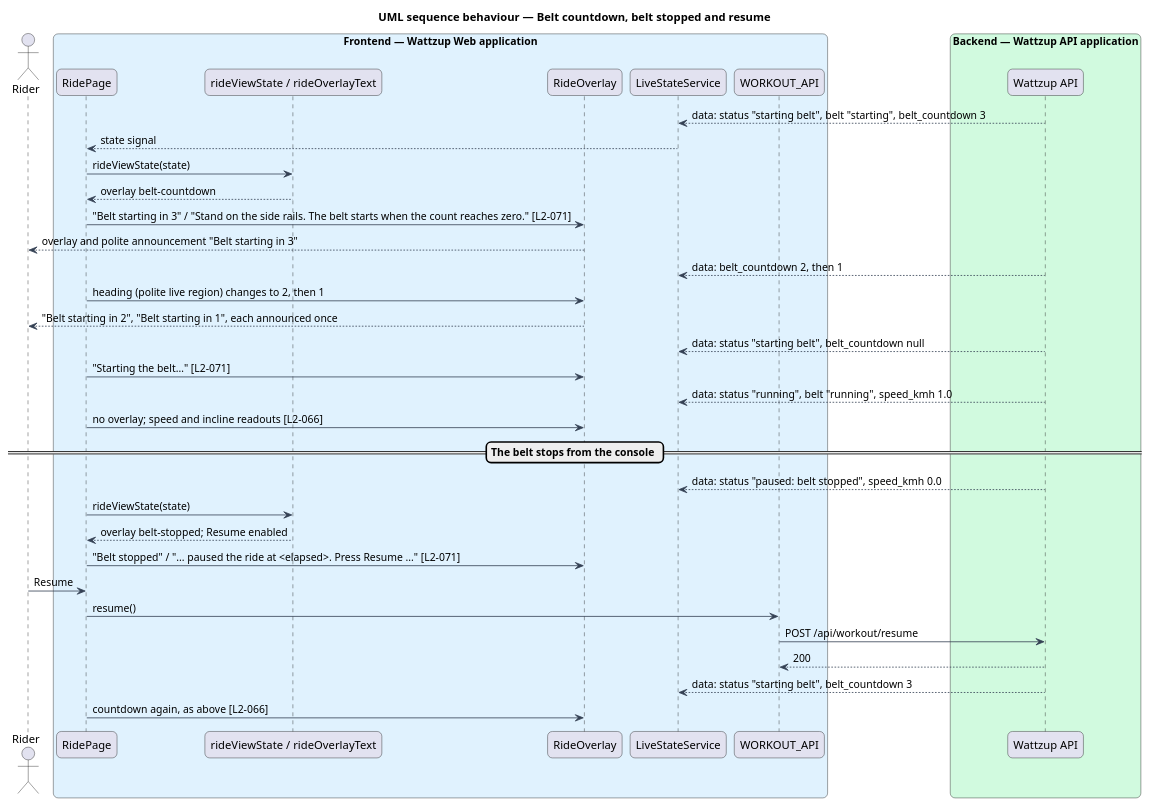
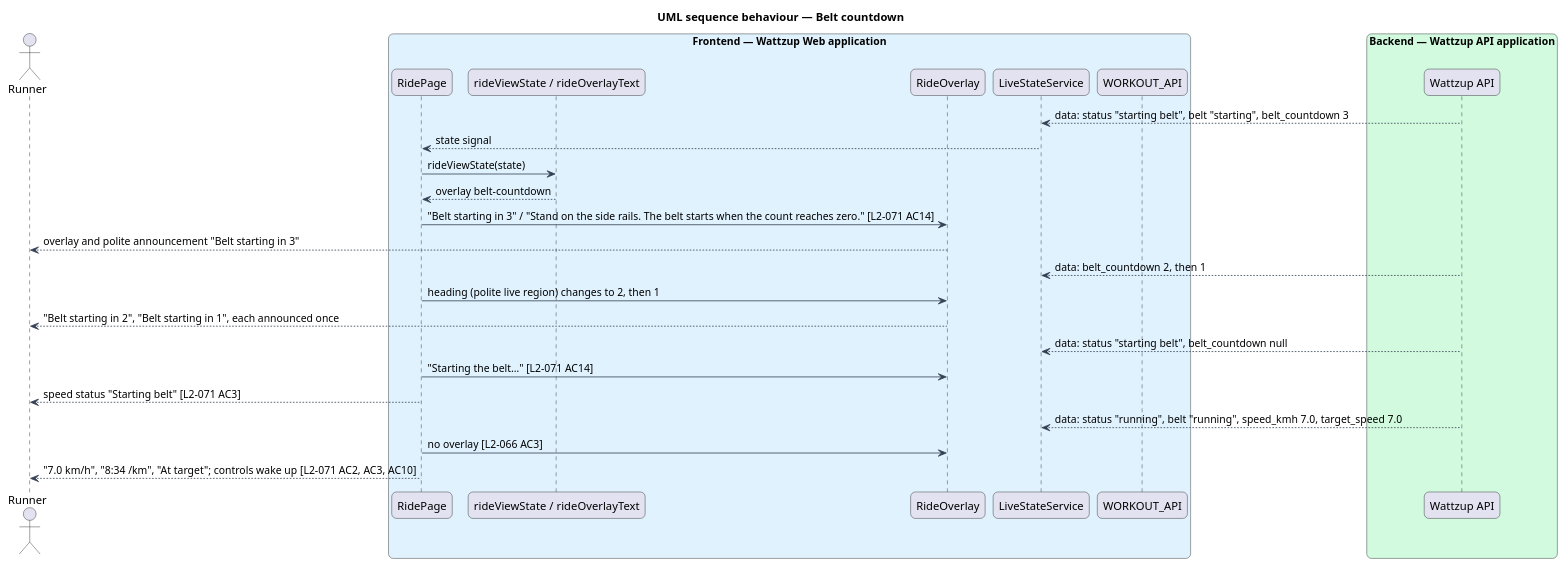
Before and after one commit to QuinntyneBrown/ride-one: the diagram in docs/detailed-designs/treadmill/treadmill-dashboard-and-setup/diagrams/sequence-belt-countdown.puml, drawn with PlantUML. The commit also changed 151 other files, not shown here.

```diff
--- a/docs/detailed-designs/treadmill/treadmill-dashboard-and-setup/diagrams/sequence-belt-countdown.puml
+++ b/docs/detailed-designs/treadmill/treadmill-dashboard-and-setup/diagrams/sequence-belt-countdown.puml
@@ -1,44 +1,35 @@
 @startuml
-title UML sequence behaviour — Belt countdown, belt stopped and resume
+title UML sequence behaviour — Belt countdown
 skinparam backgroundColor #FFFFFF
 skinparam shadowing false
 skinparam roundcorner 12
 skinparam defaultFontName Arial
 skinparam ArrowColor #344054
-actor "Rider" as rider
+actor "Runner" as rider
 box "Frontend — Wattzup Web application" #E0F2FE
   participant "RidePage" as page
   participant "rideViewState / rideOverlayText" as view
   participant "RideOverlay" as overlay
   participant "LiveStateService" as live
   participant "WORKOUT_API" as wapi
 end box
 box "Backend — Wattzup API application" #D1FADF
   participant "Wattzup API" as api
 end box
 
 api --> live : data: status "starting belt", belt "starting", belt_countdown 3
 live --> page : state signal
 page -> view : rideViewState(state)
 view --> page : overlay belt-countdown
-page -> overlay : "Belt starting in 3" / "Stand on the side rails. The belt starts when the count reaches zero." [L2-071]
+page -> overlay : "Belt starting in 3" / "Stand on the side rails. The belt starts when the count reaches zero." [L2-071 AC14]
 overlay --> rider : overlay and polite announcement "Belt starting in 3"
 api --> live : data: belt_countdown 2, then 1
 page -> overlay : heading (polite live region) changes to 2, then 1
 overlay --> rider : "Belt starting in 2", "Belt starting in 1", each announced once
 api --> live : data: status "starting belt", belt_countdown null
-page -> overlay : "Starting the belt…" [L2-071]
-api --> live : data: status "running", belt "running", speed_kmh 1.0
-page -> overlay : no overlay; speed and incline readouts [L2-066]
-== The belt stops from the console ==
-api --> live : data: status "paused: belt stopped", speed_kmh 0.0
-page -> view : rideViewState(state)
-view --> page : overlay belt-stopped; Resume enabled
-page -> overlay : "Belt stopped" / "... paused the ride at <elapsed>. Press Resume ..." [L2-071]
-rider -> page : Resume
-page -> wapi : resume()
-wapi -> api : POST /api/workout/resume
-api --> wapi : 200
-api --> live : data: status "starting belt", belt_countdown 3
-page -> overlay : countdown again, as above [L2-066]
+page -> overlay : "Starting the belt…" [L2-071 AC14]
+page --> rider : speed status "Starting belt" [L2-071 AC3]
+api --> live : data: status "running", belt "running", speed_kmh 7.0, target_speed 7.0
+page -> overlay : no overlay [L2-066 AC3]
+page --> rider : "7.0 km/h", "8:34 /km", "At target"; controls wake up [L2-071 AC2, AC3, AC10]
 @enduml
```
